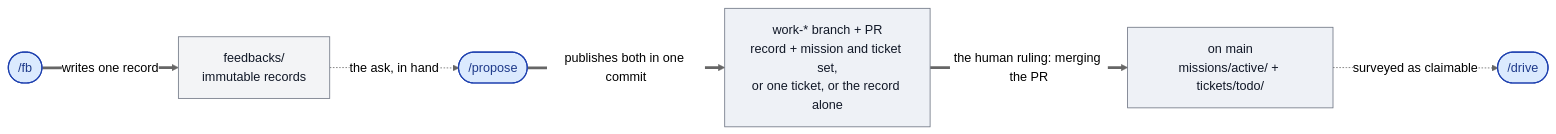
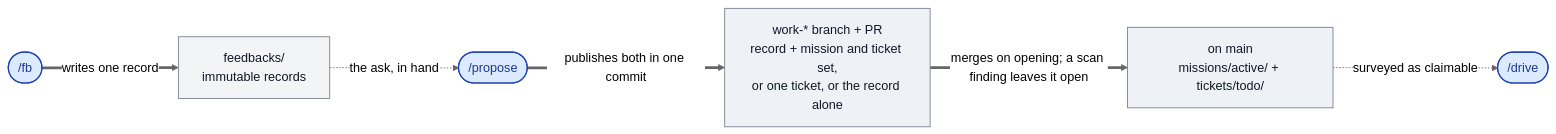
The third of 5 diagrams in README.md (qmu/workaholic), drawn with Mermaid (neutral theme) before and after one commit. The commit also changed other lines of this file and 2 other files, not shown here.

````diff
--- a/README.md
+++ b/README.md
@@ -264,23 +264,23 @@
 ```mermaid
 flowchart LR
   feedback(["/fb"])
   propose(["/propose"])
   drive(["/drive"])
 
   FBK["feedbacks/<br/>immutable records"]
   PROP["work-* branch + PR<br/>record + mission and ticket set,<br/>or one ticket, or the record alone"]
   ACTIVE["on main<br/>missions/active/ + tickets/todo/"]
 
   feedback ==>|writes one record| FBK
   FBK -.->|the ask, in hand| propose
   propose ==>|publishes both in one commit| PROP
-  PROP ==>|the human ruling: merging the PR| ACTIVE
+  PROP ==>|merges on opening; a scan finding leaves it open| ACTIVE
   ACTIVE -.->|surveyed as claimable| drive
 
   classDef cmd fill:#dbeafe,stroke:#1e40af,stroke-width:1.5px,color:#1e3a8a;
   classDef state fill:#eef1f6,stroke:#6b7280,color:#111827;
   classDef art fill:#f3f4f6,stroke:#6b7280,color:#111827;
   class feedback,propose,drive cmd;
   class PROP,ACTIVE state;
   class FBK art;
 ```
````
